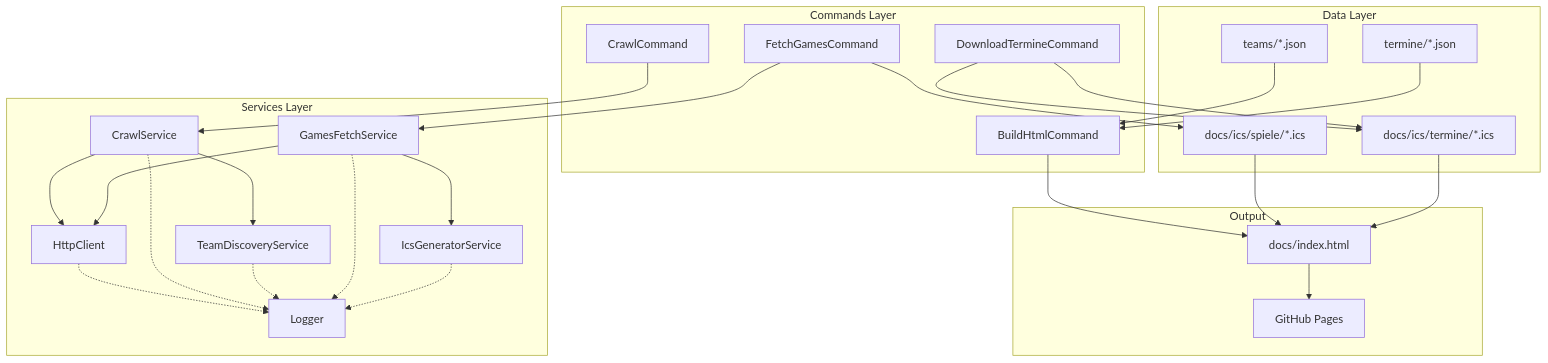
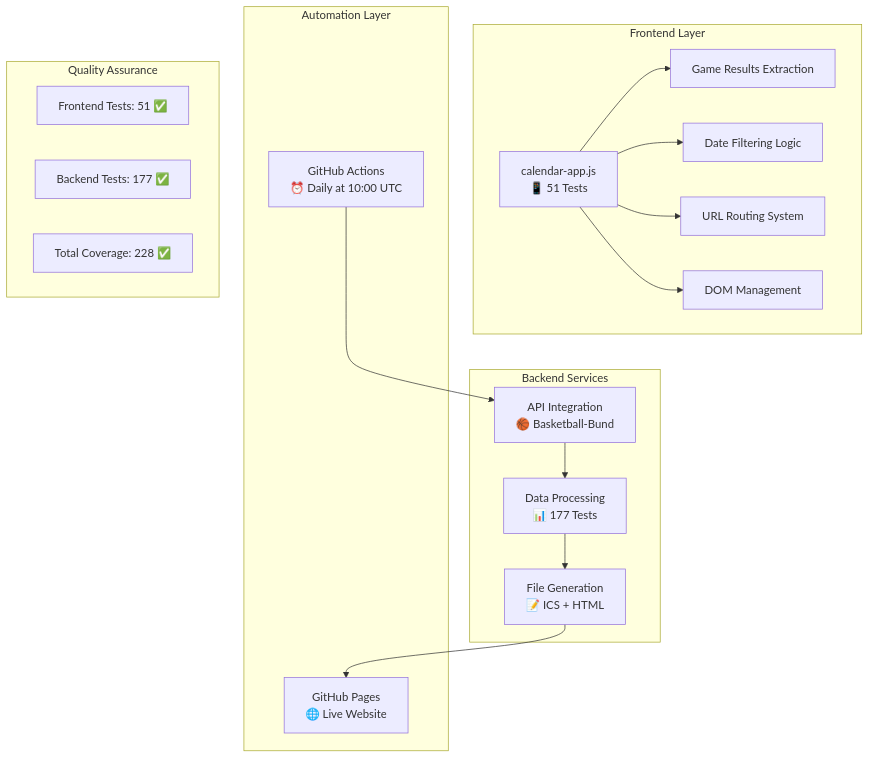
One commit to pkcpkc/bc-lions-moabit changed the first of 3 diagrams in README.md. Above: the diagram before and after it, drawn with Mermaid. The commit also changed other lines of this file and 67 other files, not shown here.

Commit message:
refactoring a lot and game results and tests

````diff
--- a/README.md
+++ b/README.md
@@ -20,55 +9,37 @@
 ```mermaid
 graph TB
-    subgraph "Commands Layer"
-        A[CrawlCommand]
-        B[FetchGamesCommand]
-        C[BuildHtmlCommand]
-        D[DownloadTermineCommand]
+    subgraph "Frontend Layer"
+        A[calendar-app.js<br/>📱 51 Tests]
+        A1[Game Results Extraction]
+        A2[Date Filtering Logic] 
+        A3[URL Routing System]
+        A4[DOM Management]
     end
-
-    subgraph "Services Layer"
-        E[HttpClient]
-        F[CrawlService]
-        G[TeamDiscoveryService]
-        H[GamesFetchService]
-        I[IcsGeneratorService]
-        J[Logger]
+    
+    subgraph "Backend Services"
+        B[API Integration<br/>🏀 Basketball-Bund]
+        C[Data Processing<br/>📊 177 Tests]
+        D[File Generation<br/>📝 ICS + HTML]
     end
-
-    subgraph "Data Layer"
-        K[teams/*.json]
-        L[termine/*.json]
-        M[docs/ics/spiele/*.ics]
-        N[docs/ics/termine/*.ics]
+    
+    subgraph "Automation Layer"
+        E[GitHub Actions<br/>⏰ Daily at 10:00 UTC]
+        F[GitHub Pages<br/>🌐 Live Website]
     end
-
-    subgraph "Output"
-        O[docs/index.html]
-        P[GitHub Pages]
+    
+    A --> A1
+    A --> A2
+    A --> A3
+    A --> A4
+    
+    B --> C
+    C --> D
+    E --> B
+    D --> F
+    
+    subgraph "Quality Assurance"
+        G[Frontend Tests: 51 ✅]
+        H[Backend Tests: 177 ✅]
+        I[Total Coverage: 228 ✅]
     end
-
-    A --> F
-    B --> H
-    C --> O
-    D --> N
-    
-    F --> G
-    F --> E
-    H --> I
-    H --> E
-    
-    B --> M
-    D --> N
-    
-    K --> C
-    L --> C
-    M --> O
-    N --> O
-    O --> P
-    
-    E -.-> J
-    F -.-> J
-    G -.-> J
-    H -.-> J
-    I -.-> J
 ```
````
